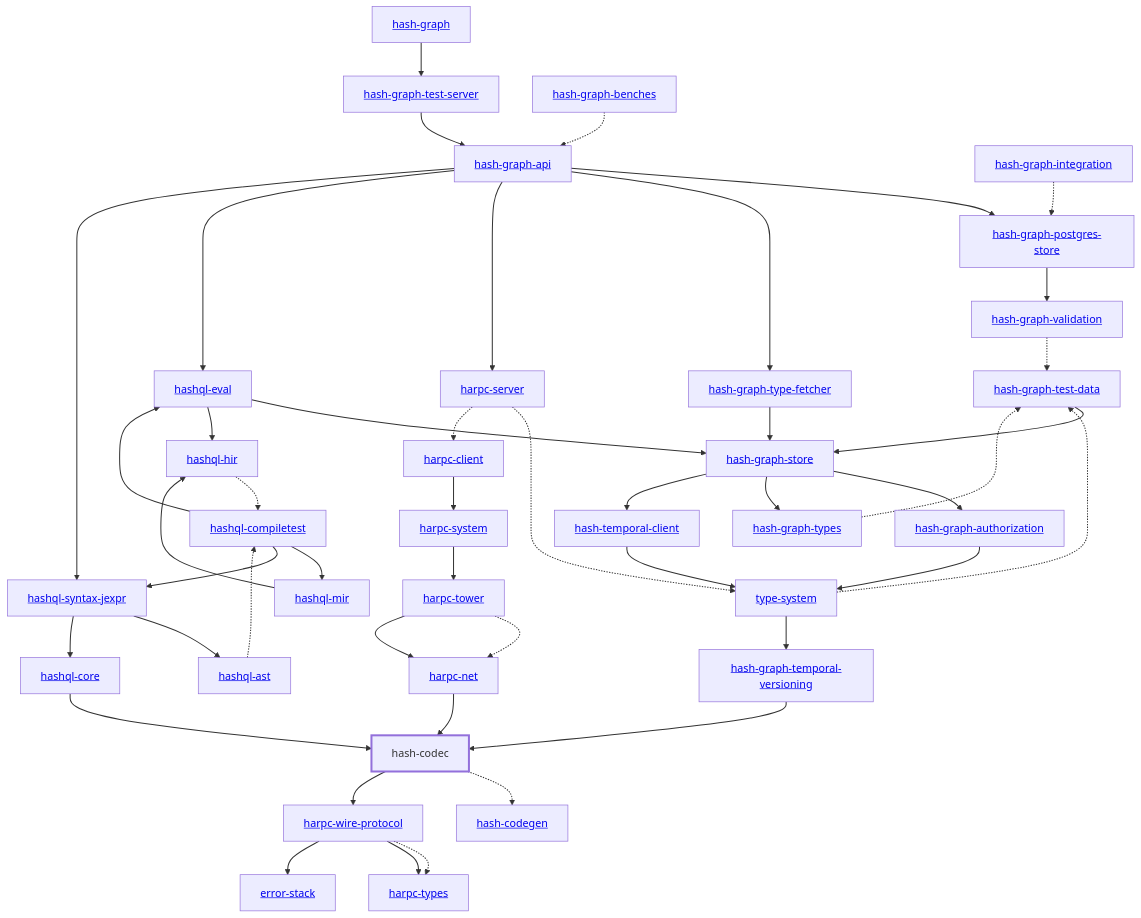
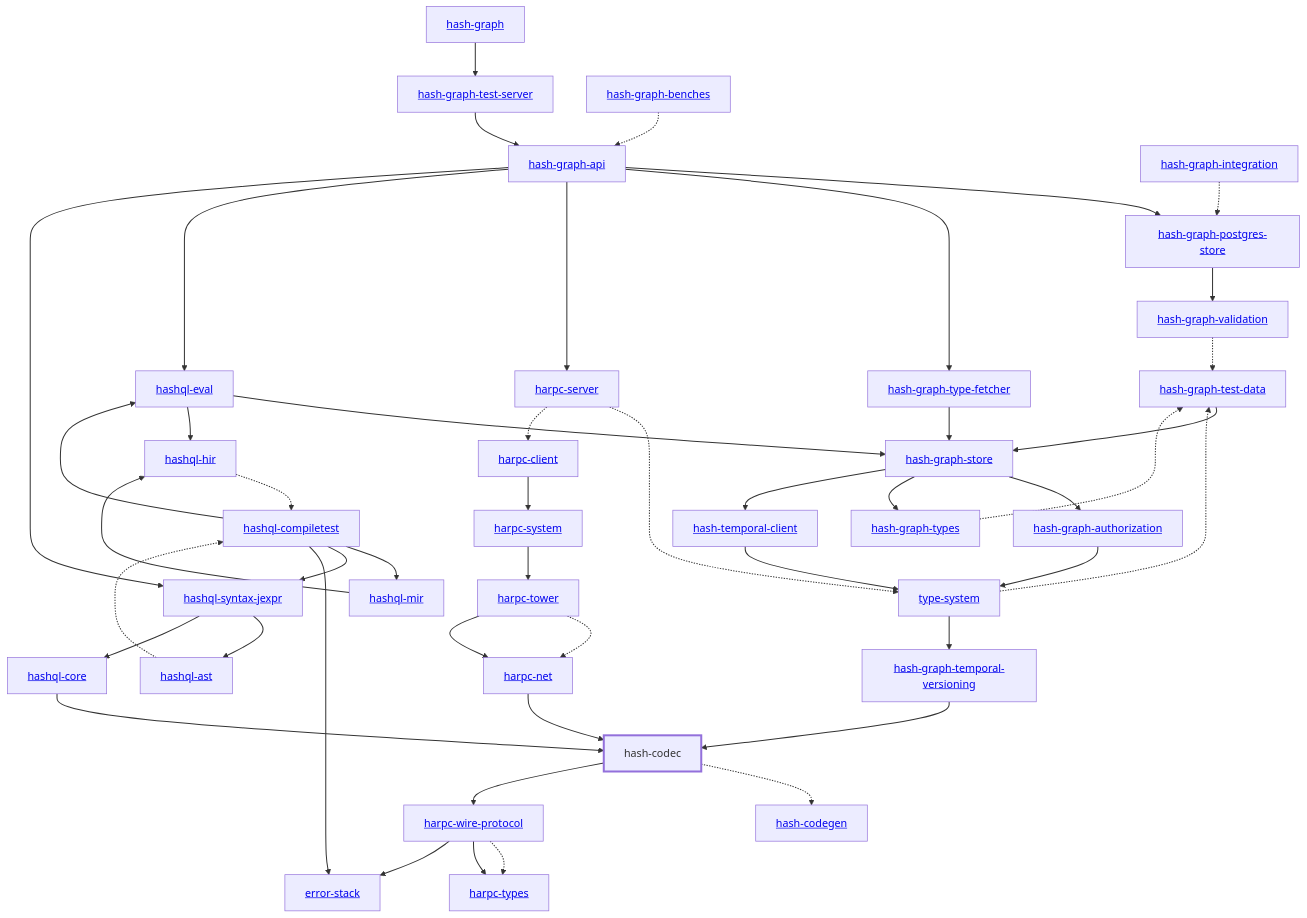
One commit to hashintel/hash changed the diagram in libs/@local/codec/docs/dependency-diagram.mmd. Above: the diagram before and after it, drawn with Mermaid. The commit also changed 18 other files, not shown here.

```diff
--- a/libs/@local/codec/docs/dependency-diagram.mmd
+++ b/libs/@local/codec/docs/dependency-diagram.mmd
@@ -1,88 +1,89 @@
 graph TD
     linkStyle default stroke-width:1.5px
     classDef default stroke-width:1px
     classDef root stroke-width:3px
     classDef dev stroke-width:1px
     classDef build stroke-width:1px
     %% Legend
     %% --> : Normal dependency
     %% -.-> : Dev dependency
     %% ---> : Build dependency
     0[<a href="../hash_graph/index.html">hash-graph</a>]
     1[<a href="../type_system/index.html">type-system</a>]
     2[hash-codec]
     class 2 root
     3[<a href="../hash_codegen/index.html">hash-codegen</a>]
     4[<a href="../hash_graph_api/index.html">hash-graph-api</a>]
     5[<a href="../hash_graph_authorization/index.html">hash-graph-authorization</a>]
     6[<a href="../hash_graph_postgres_store/index.html">hash-graph-postgres-store</a>]
     7[<a href="../hash_graph_store/index.html">hash-graph-store</a>]
     8[<a href="../hash_graph_temporal_versioning/index.html">hash-graph-temporal-versioning</a>]
     9[<a href="../hash_graph_test_server/index.html">hash-graph-test-server</a>]
     10[<a href="../hash_graph_type_fetcher/index.html">hash-graph-type-fetcher</a>]
     11[<a href="../hash_graph_types/index.html">hash-graph-types</a>]
     12[<a href="../hash_graph_validation/index.html">hash-graph-validation</a>]
     13[<a href="../harpc_client/index.html">harpc-client</a>]
     14[<a href="../harpc_net/index.html">harpc-net</a>]
     15[<a href="../harpc_server/index.html">harpc-server</a>]
     16[<a href="../harpc_system/index.html">harpc-system</a>]
     17[<a href="../harpc_tower/index.html">harpc-tower</a>]
     18[<a href="../harpc_types/index.html">harpc-types</a>]
     19[<a href="../harpc_wire_protocol/index.html">harpc-wire-protocol</a>]
     20[<a href="../hashql_ast/index.html">hashql-ast</a>]
     21[<a href="../hashql_compiletest/index.html">hashql-compiletest</a>]
     22[<a href="../hashql_core/index.html">hashql-core</a>]
     23[<a href="../hashql_eval/index.html">hashql-eval</a>]
     24[<a href="../hashql_hir/index.html">hashql-hir</a>]
     25[<a href="../hashql_mir/index.html">hashql-mir</a>]
     26[<a href="../hashql_syntax_jexpr/index.html">hashql-syntax-jexpr</a>]
     27[<a href="../hash_temporal_client/index.html">hash-temporal-client</a>]
     28[<a href="../error_stack/index.html">error-stack</a>]
     29[<a href="../hash_graph_benches/index.html">hash-graph-benches</a>]
     30[<a href="../hash_graph_integration/index.html">hash-graph-integration</a>]
     31[<a href="../hash_graph_test_data/index.html">hash-graph-test-data</a>]
     0 --> 9
     1 --> 8
     1 -.-> 31
     2 -.-> 3
     2 --> 19
     4 --> 6
     4 --> 10
     4 --> 15
     4 --> 23
     4 --> 26
     5 --> 1
     6 --> 12
     7 --> 5
     7 --> 11
     7 --> 27
     8 --> 2
     9 --> 4
     10 --> 7
     11 -.-> 31
     12 -.-> 31
     13 --> 16
     14 --> 2
     15 -.-> 1
     15 -.-> 13
     16 --> 17
     17 -.-> 14
     17 --> 14
     19 -.-> 18
     19 --> 18
     19 --> 28
     20 -.-> 21
     21 --> 23
     21 --> 25
     21 --> 26
+    21 --> 28
     22 --> 2
     23 --> 7
     23 --> 24
     24 -.-> 21
     25 --> 24
     26 --> 20
     26 --> 22
     27 --> 1
     29 -.-> 4
     30 -.-> 6
     31 --> 7
```
